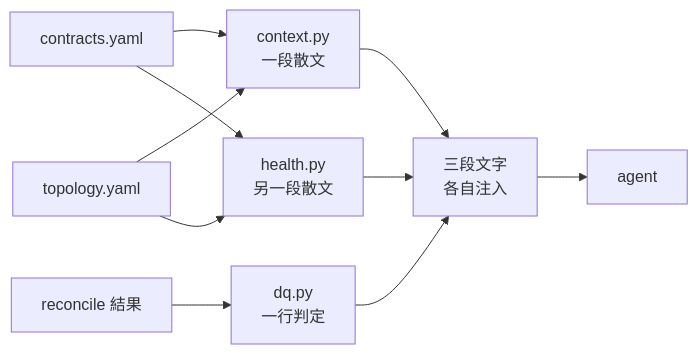
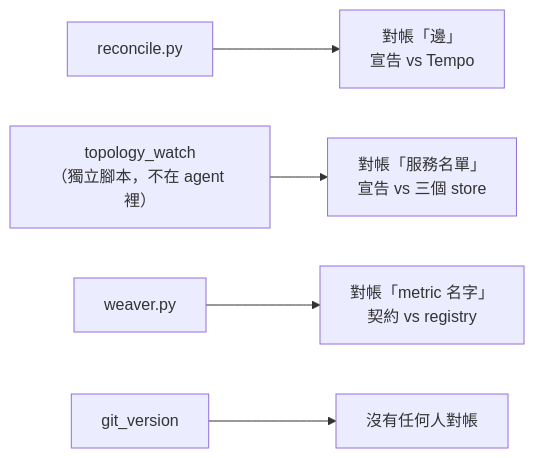
Before and after one commit to tedmax100/o11y-bench: the second of 2 diagrams in weaver-demo/ironman-2026/day18.md, drawn with Mermaid. The commit also changed other lines of this file and 81 other files, not shown here.

````diff
--- a/weaver-demo/ironman-2026/day18.md
+++ b/weaver-demo/ironman-2026/day18.md
@@ -214,12 +131,7 @@
 ```mermaid
 flowchart LR
-    A["contracts.yaml"] --> C1["context.py<br/>一段散文"]
-    B["topology.yaml"] --> C1
-    B --> C2["health.py<br/>另一段散文"]
-    A --> C2
-    D["reconcile 結果"] --> C3["dq.py<br/>一行判定"]
-    C1 --> X["三段文字<br/>各自注入"]
-    C2 --> X
-    C3 --> X
-    X --> LLM["agent"]
+    R["reconcile.py"] --> RE["對帳「邊」<br/>宣告 vs Tempo"]
+    W["topology_watch<br/>（獨立腳本，不在 agent 裡）"] --> WS["對帳「服務名單」<br/>宣告 vs 三個 store"]
+    V["weaver.py"] --> VM["對帳「metric 名字」<br/>契約 vs registry"]
+    G["git_version"] --> N["沒有任何人對帳"]
 ```
````
